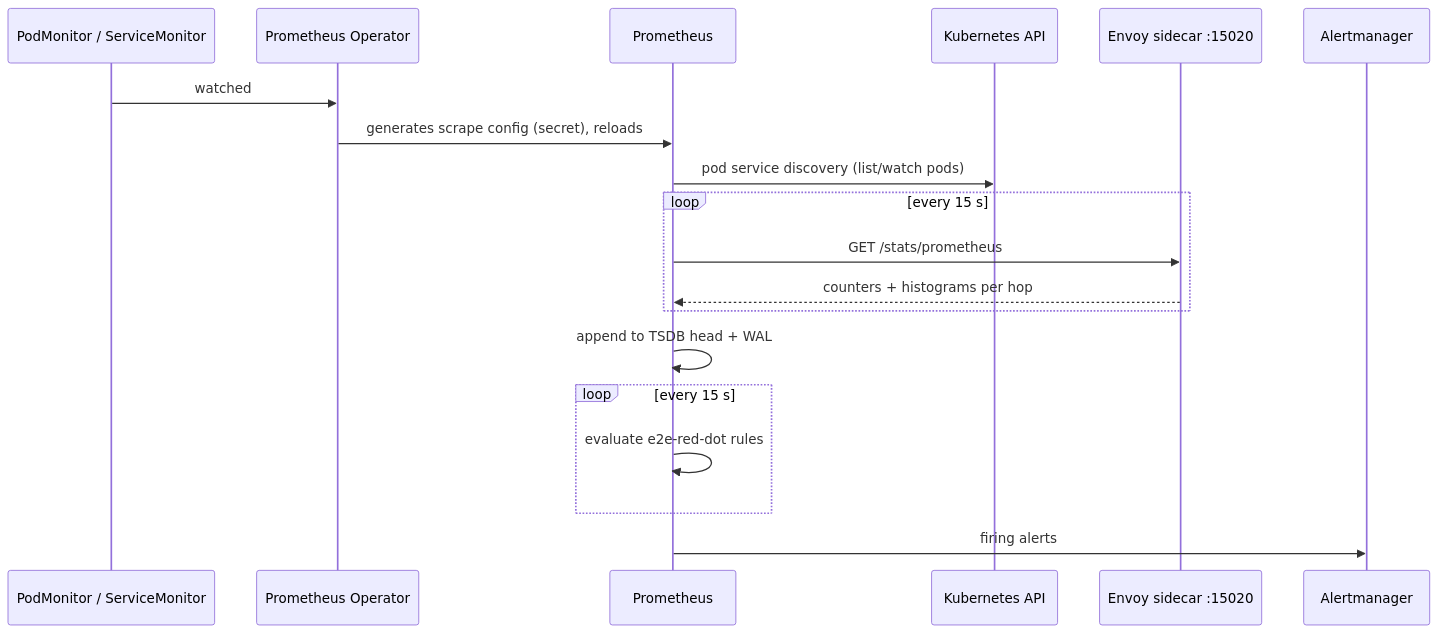
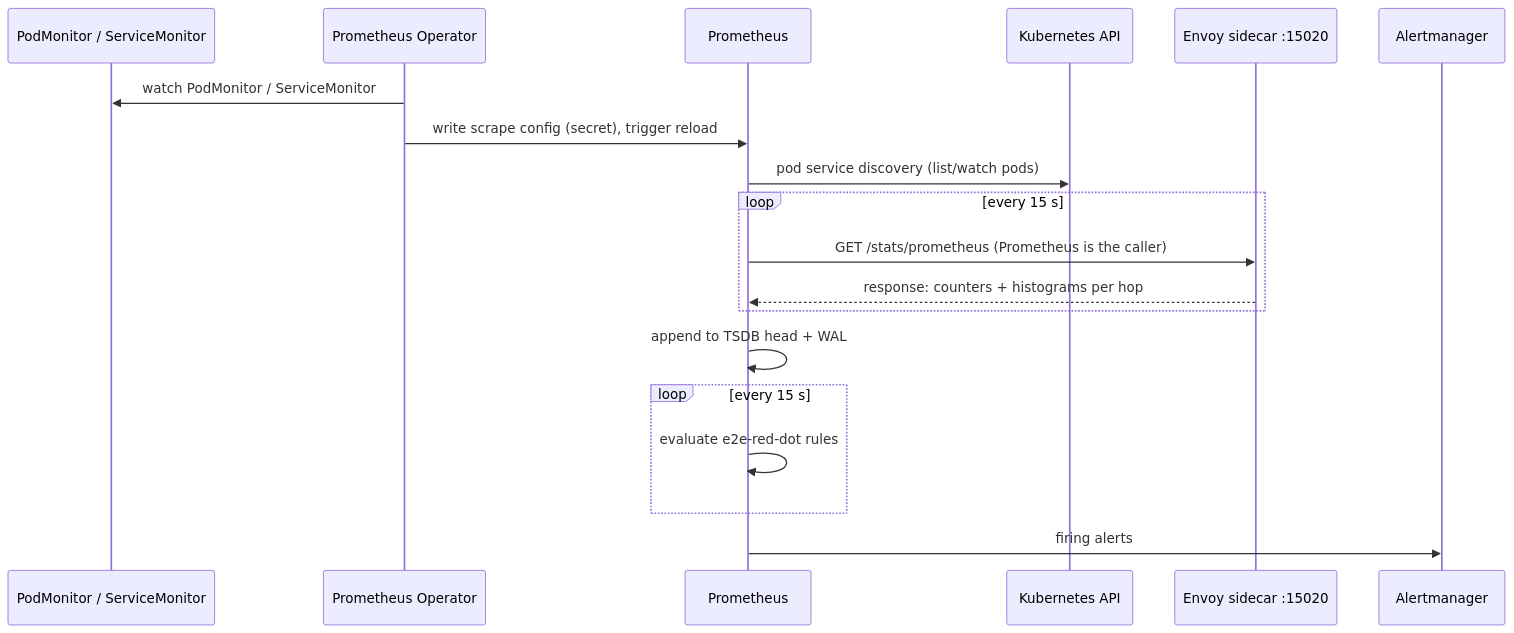
The second of 6 diagrams in docs/architecture.md (canpolatoral/monitoring-poc), drawn with Mermaid before and after one commit. The commit also changed other lines of this file and 2 other files, not shown here.

First line of the commit message:
Diagrams: arrows start at the caller (PULL and QUERY reversed)

````diff
--- a/docs/architecture.md
+++ b/docs/architecture.md
@@ -242,21 +249,21 @@
 ```mermaid
 sequenceDiagram
   participant CR as PodMonitor / ServiceMonitor
   participant OP as Prometheus Operator
   participant P as Prometheus
   participant K as Kubernetes API
   participant E as Envoy sidecar :15020
   participant AM as Alertmanager
-  CR->>OP: watched
-  OP->>P: generates scrape config (secret), reloads
+  OP->>CR: watch PodMonitor / ServiceMonitor
+  OP->>P: write scrape config (secret), trigger reload
   P->>K: pod service discovery (list/watch pods)
   loop every 15 s
-    P->>E: GET /stats/prometheus
-    E-->>P: counters + histograms per hop
+    P->>E: GET /stats/prometheus (Prometheus is the caller)
+    E-->>P: response: counters + histograms per hop
   end
   P->>P: append to TSDB head + WAL
   loop every 15 s
     P->>P: evaluate e2e-red-dot rules
   end
   P->>AM: firing alerts
 ```
````
